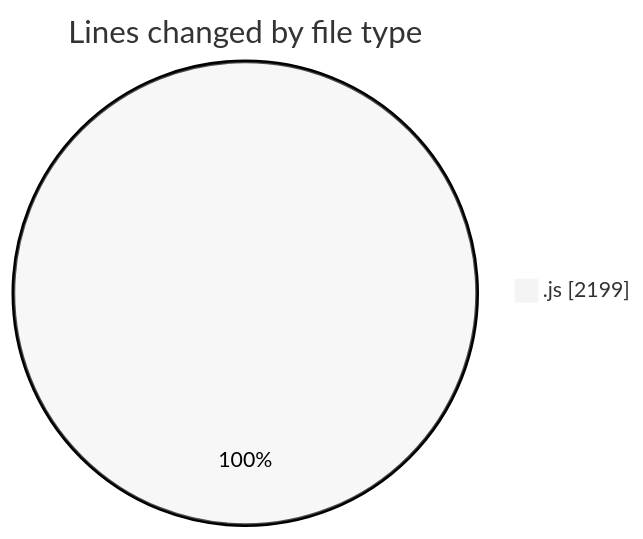
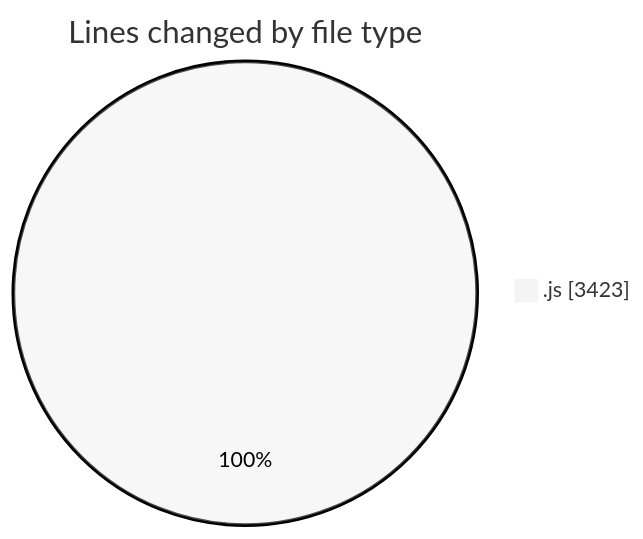
One commit to nxtqubesakshisongat/code-tracking changed the first of 2 diagrams in 2025-09-04/nxtqube_webapp/README.md. Above: the diagram before and after it, drawn with Mermaid (neutral theme). The commit also changed other lines of this file and 1 other file, not shown here.

````diff
--- a/2025-09-04/nxtqube_webapp/README.md
+++ b/2025-09-04/nxtqube_webapp/README.md
@@ -20,5 +20,5 @@
 ```mermaid
 pie showData
 title Lines changed by file type
-".js" : 2199
+".js" : 3423
 ```
````
